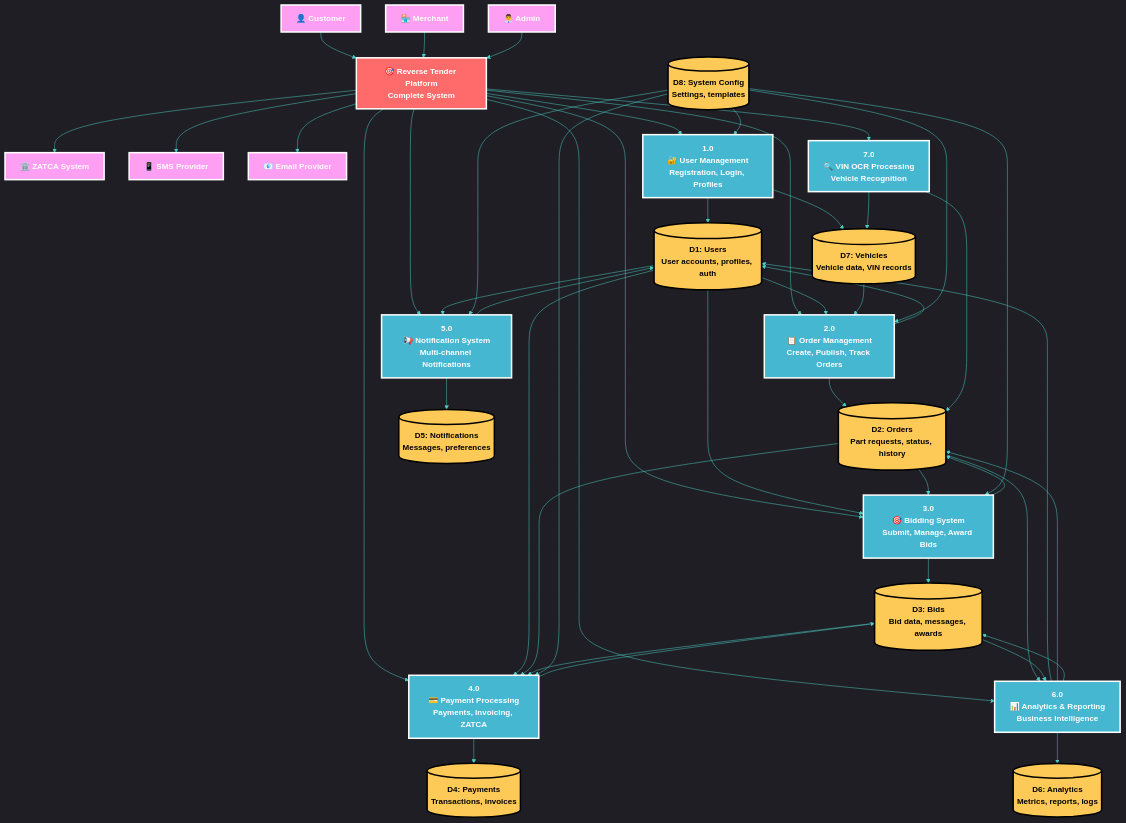
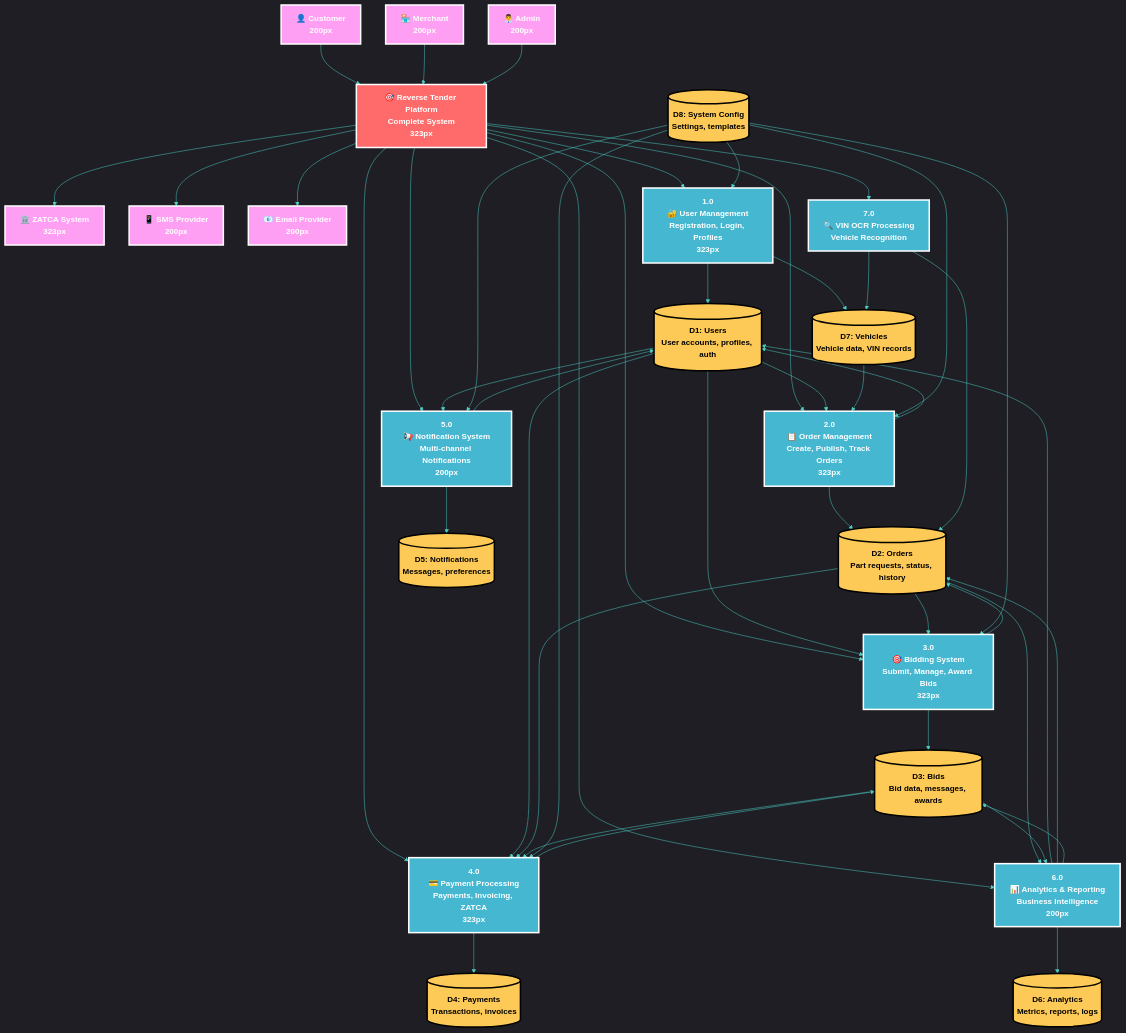
The first of 5 diagrams in diagrams/data-flow-diagram.md (abdoElHodaky/larvrevrstender), drawn with Mermaid before and after one commit. The commit also changed other lines of this file and 3 other files, not shown here.

First line of the commit message:
feat: Sequential Golden Ratio optimization - Phase 6 remaining diagrams

```diff
--- a/diagrams/data-flow-diagram.md
+++ b/diagrams/data-flow-diagram.md
@@ -16,28 +20,33 @@
     'mainBkg': '#1E293B',
     'secondBkg': '#334155',
     'tertiaryBkg': '#475569'
+  },
+  'flowchart': {
+    'rankSpacing': 81,
+    'nodeSpacing': 50,
+    'curve': 'basis'
   }
 }}%%
 
 graph TD
     %% External Entities
-    CUSTOMER[👤 Customer]
-    MERCHANT[🏪 Merchant]
-    ADMIN[👨‍💼 Admin]
-    ZATCA[🏛️ ZATCA System]
-    SMS_PROVIDER[📱 SMS Provider]
-    EMAIL_PROVIDER[📧 Email Provider]
+    CUSTOMER["👤 Customer<br/>200px"]
+    MERCHANT["🏪 Merchant<br/>200px"]
+    ADMIN["👨‍💼 Admin<br/>200px"]
+    ZATCA["🏛️ ZATCA System<br/>323px"]
+    SMS_PROVIDER["📱 SMS Provider<br/>200px"]
+    EMAIL_PROVIDER["📧 Email Provider<br/>200px"]
     
     %% Level 0 - Context Diagram
-    SYSTEM[🎯 Reverse Tender Platform<br/>Complete System]
+    SYSTEM["🎯 Reverse Tender Platform<br/>Complete System<br/>323px"]
     
     %% Level 1 - Major Processes
-    P1[1.0<br/>🔐 User Management<br/>Registration, Login, Profiles]
-    P2[2.0<br/>📋 Order Management<br/>Create, Publish, Track Orders]
-    P3[3.0<br/>🎯 Bidding System<br/>Submit, Manage, Award Bids]
-    P4[4.0<br/>💳 Payment Processing<br/>Payments, Invoicing, ZATCA]
-    P5[5.0<br/>📢 Notification System<br/>Multi-channel Notifications]
-    P6[6.0<br/>📊 Analytics & Reporting<br/>Business Intelligence]
+    P1["1.0<br/>🔐 User Management<br/>Registration, Login, Profiles<br/>323px"]
+    P2["2.0<br/>📋 Order Management<br/>Create, Publish, Track Orders<br/>323px"]
+    P3["3.0<br/>🎯 Bidding System<br/>Submit, Manage, Award Bids<br/>323px"]
+    P4["4.0<br/>💳 Payment Processing<br/>Payments, Invoicing, ZATCA<br/>323px"]
+    P5["5.0<br/>📢 Notification System<br/>Multi-channel Notifications<br/>200px"]
+    P6["6.0<br/>📊 Analytics & Reporting<br/>Business Intelligence<br/>200px"]
     P7[7.0<br/>🔍 VIN OCR Processing<br/>Vehicle Recognition]
     
     %% Data Stores
```
